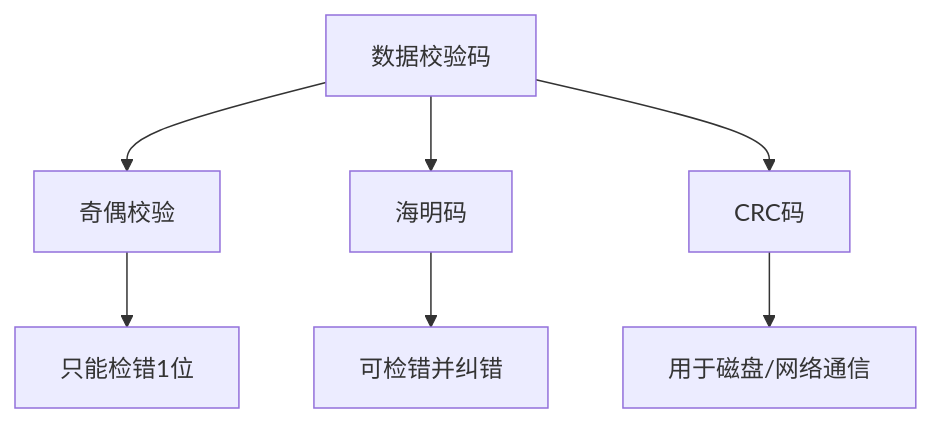
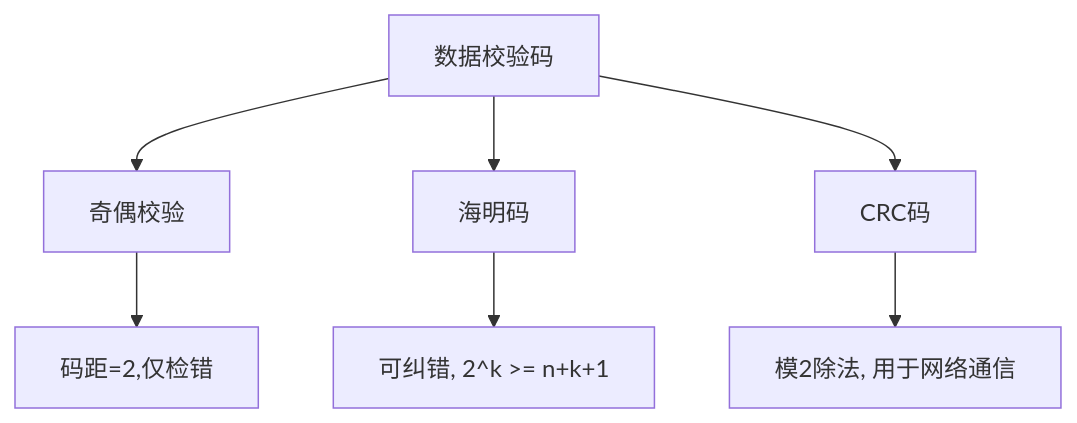
The diagram in notes/01-computer-org/01-data-representation.md (raingxm/software-design-exam), drawn with Mermaid before and after one commit. The commit also changed other lines of this file and 5 other files, not shown here.

````diff
--- a/notes/01-computer-org/01-data-representation.md
+++ b/notes/01-computer-org/01-data-representation.md
@@ -37,9 +56,9 @@
 ```mermaid
 graph TD
     A[数据校验码] --> B[奇偶校验]
     A --> C[海明码]
     A --> D[CRC码]
-    B --> B1[只能检错1位]
-    C --> C1[可检错并纠错]
-    D --> D1[用于磁盘/网络通信]
+    B --> B1[码距=2,仅检错]
+    C --> C1[可纠错, 2^k >= n+k+1]
+    D --> D1[模2除法, 用于网络通信]
 ```
````
